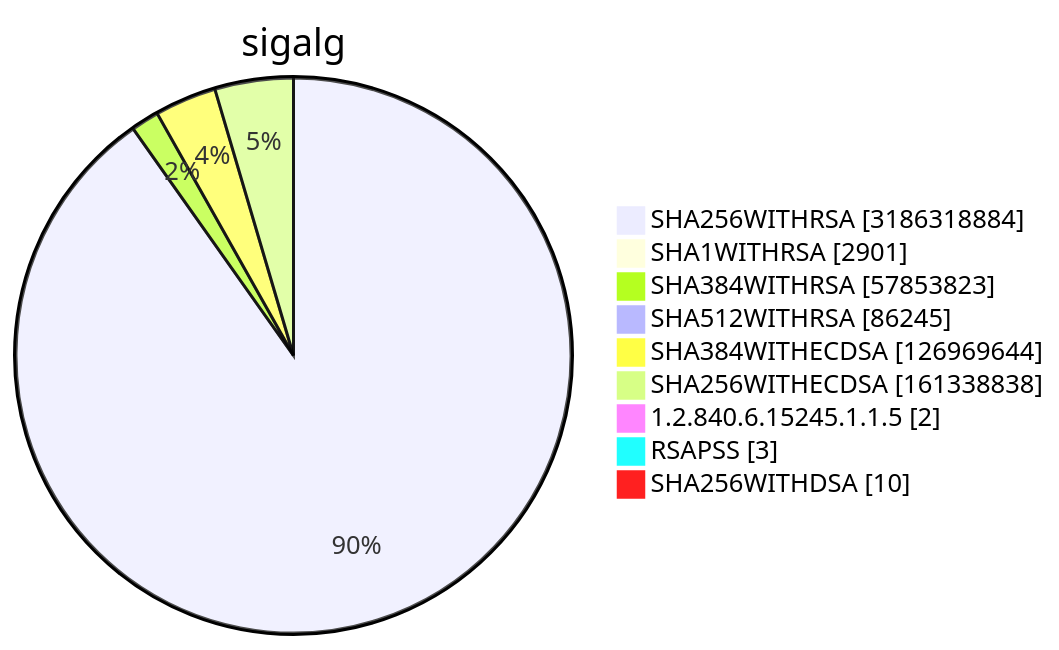
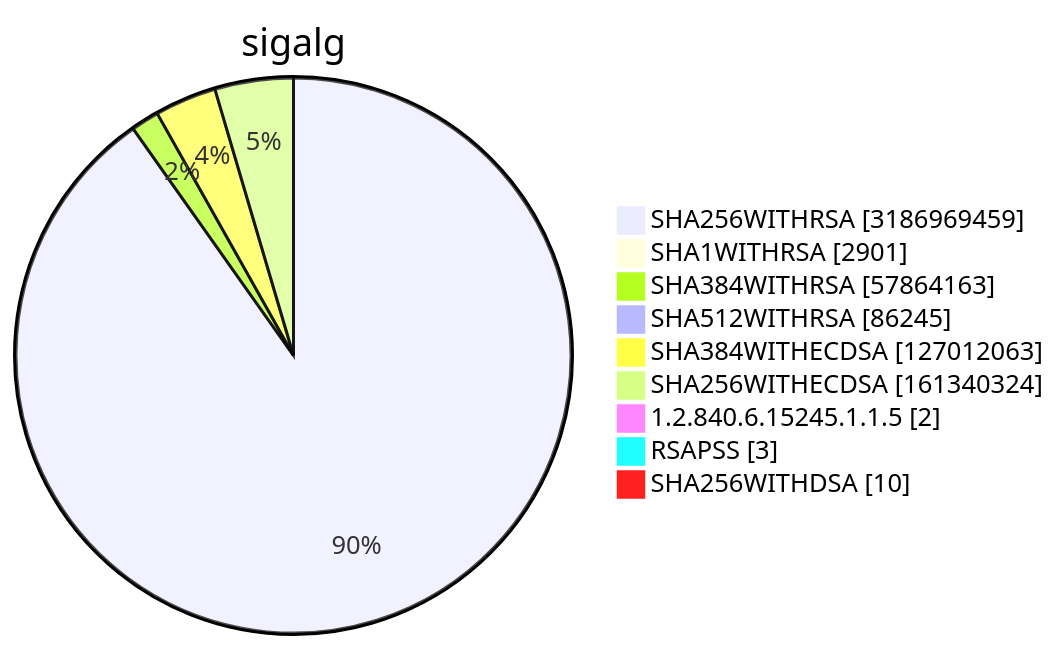
Diagram 15 of 15 in TOTAL/README.md (christiankrug/ctmonitor_visualization), drawn with Mermaid before and after one commit. The commit also changed other lines of this file, not shown here.

````diff
--- a/TOTAL/README.md
+++ b/TOTAL/README.md
@@ -6216,13 +6216,13 @@
 ```mermaid
 pie showData
 title sigalg
-"SHA256WITHRSA" :3186318884
+"SHA256WITHRSA" :3186969459
 "SHA1WITHRSA" :2901
-"SHA384WITHRSA" :57853823
+"SHA384WITHRSA" :57864163
 "SHA512WITHRSA" :86245
-"SHA384WITHECDSA" :126969644
-"SHA256WITHECDSA" :161338838
+"SHA384WITHECDSA" :127012063
+"SHA256WITHECDSA" :161340324
 "1.2.840.6.15245.1.1.5" :2
 "RSAPSS" :3
 "SHA256WITHDSA" :10
 ```
````
